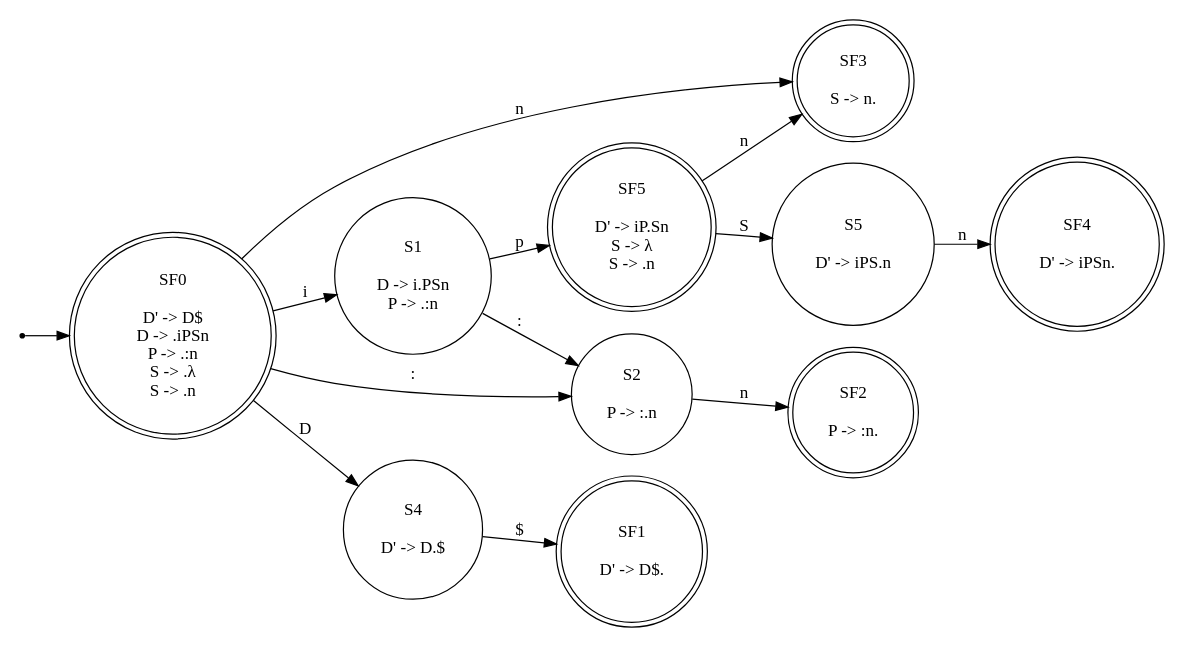
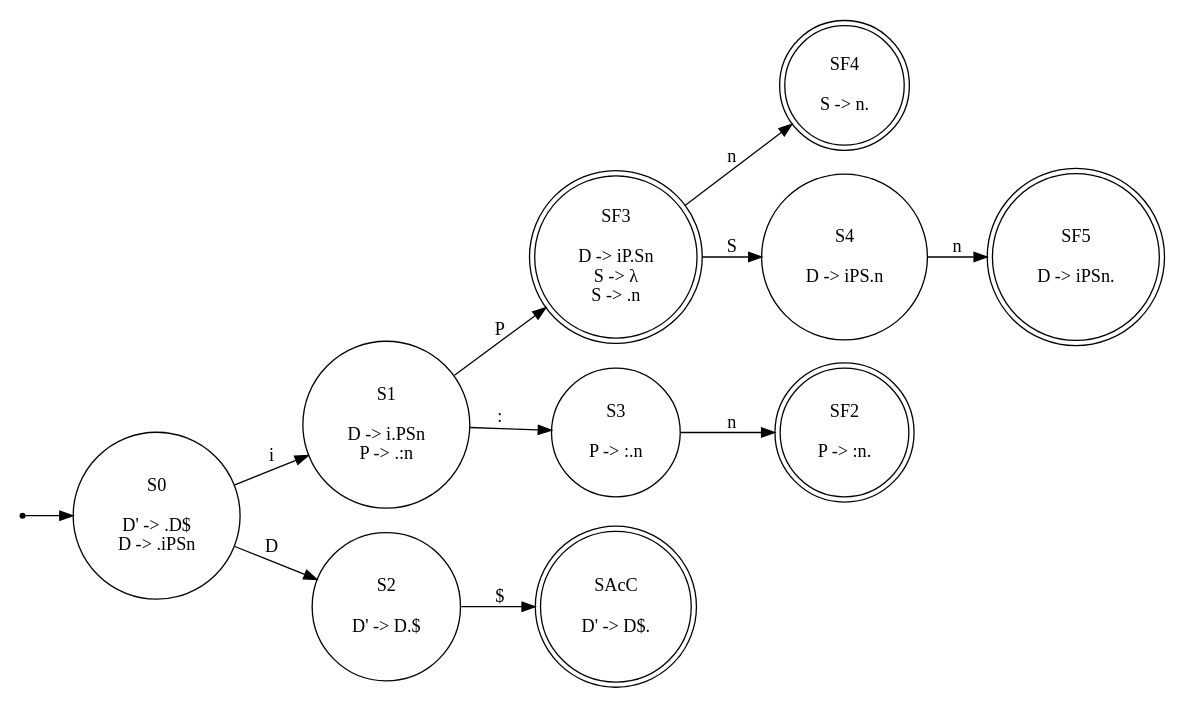
Before and after one commit to apuntes-uam-infomat/apuntes: the diagram in Automatas y lenguajes/tex/ejerciciosHoja3/automata_H3E4.dot, drawn with Graphviz. The commit also changed 2 other files, not shown here.

```diff
--- a/Automatas y lenguajes/tex/ejerciciosHoja3/automata_H3E4.dot
+++ b/Automatas y lenguajes/tex/ejerciciosHoja3/automata_H3E4.dot
@@ -1,35 +1,32 @@
 digraph automata_7 {
     rankdir=LR;
     size="8,5"
 
-    node [shape = doublecircle]; SF0, SF1, SF2, SF3, SF4, SF5;
+    node [shape = doublecircle];  SAcC, SF2, SF3, SF4, SF5;
     node [shape = point ]; init
     node [shape = circle];
 
-    SF0 [label="SF0\n\nD' -> D$\nD -> .iPSn\nP -> .:n\nS -> .λ\nS -> .n\n"];
+    S0 [label="S0\n\nD' -> .D$\nD -> .iPSn"];
     S1 [label="S1\n\nD -> i.PSn\nP -> .:n"];
-    S2 [label="S2\n\nP -> :.n"];
-    SF5 [label="SF5\n\nD' -> iP.Sn\nS -> λ\nS -> .n"];
-    S4 [label="S4\n\nD' -> D.$"];
-    S5 [label="S5\n\nD' -> iPS.n"];
-    SF1 [label="SF1\n\nD' -> D$."];
+    S2 [label="S2\n\nD' -> D.$"];
+    SAcC [label="SAcC\n\nD' -> D$."];
+    S3 [label="S3\n\nP -> :.n"];
     SF2 [label="SF2\n\nP -> :n."];
-    SF3 [label="SF3\n\nS -> n."];
-    SF4 [label="SF4\n\nD' -> iPSn."];
+    SF3 [label="SF3\n\nD -> iP.Sn\n S -> λ\n S -> .n"];
+    SF4 [label="SF4\n\nS -> n."];
+    S4 [label="S4\n\nD -> iPS.n"];
+    SF5 [label="SF5\n\nD -> iPSn."];
 
 
-
-    init -> SF0;
-    SF0 -> S1 [label = i];
-    SF0 -> S2 [label = ":"];
-    SF0 -> S4 [label = "D"];
-    SF0 -> SF3 [label = "n"];
-    S1 -> SF5 [label = "p"];
-    S1 -> S2 [label = ":"];
-    S2 -> SF2 [label = "n"];
-    S4 -> SF1 [label = "$"];
-    SF5 -> S5 [label = "S"];
-    S5 -> SF4 [label = "n"];
-    SF5 -> SF3 [label = n];
+    init -> S0;
+    S0 -> S1 [label = i];
+    S0 -> S2 [label = "D"];
+    S2 -> SAcC [label = "$"];
+    S1 -> S3 [label = ":"];
+    S3 -> SF2 [label = "n"];
+    S1 -> SF3 [label = "P"];
+    SF3 -> SF4 [label = "n"];
+    SF3 -> S4 [label = "S"];
+    S4 -> SF5 [label = "n"];
 
 }
```
